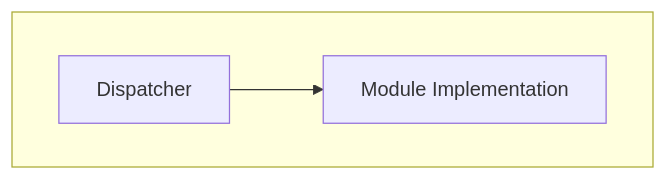
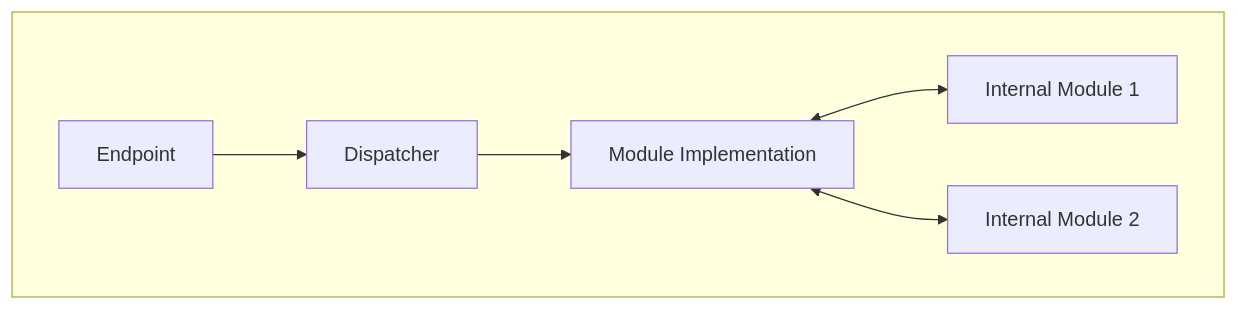
One commit to chromaxyz/reflex changed the third of 5 diagrams in docs/IMPLEMENTERS.md. Above: the diagram before and after it, drawn with Mermaid. The commit also changed other lines of this file and 60 other files, not shown here.

````diff
--- a/docs/IMPLEMENTERS.md
+++ b/docs/IMPLEMENTERS.md
@@ -64,6 +64,9 @@
 ```mermaid
 graph TD
   subgraph InternalModule [ ]
-  Dispatcher --> Module["Module Implementation"]
+  Endpoint1["Endpoint"] --> Dispatcher
+  Dispatcher --> Module1["Module Implementation"]
+  Module1["Module Implementation"] <--> InternalModule1["Internal Module 1"]
+  Module1["Module Implementation"] <--> InternalModule2["Internal Module 2"]
   end
 ```
````
